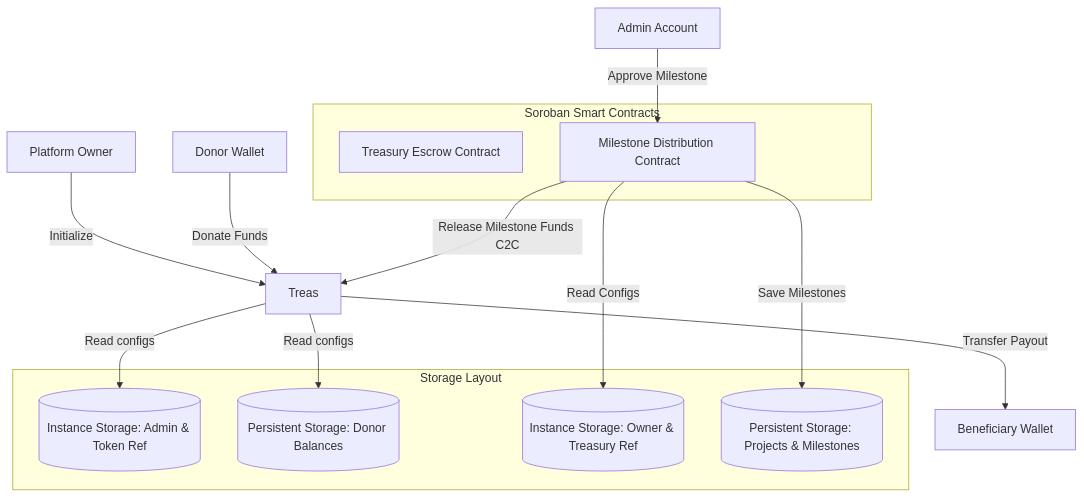
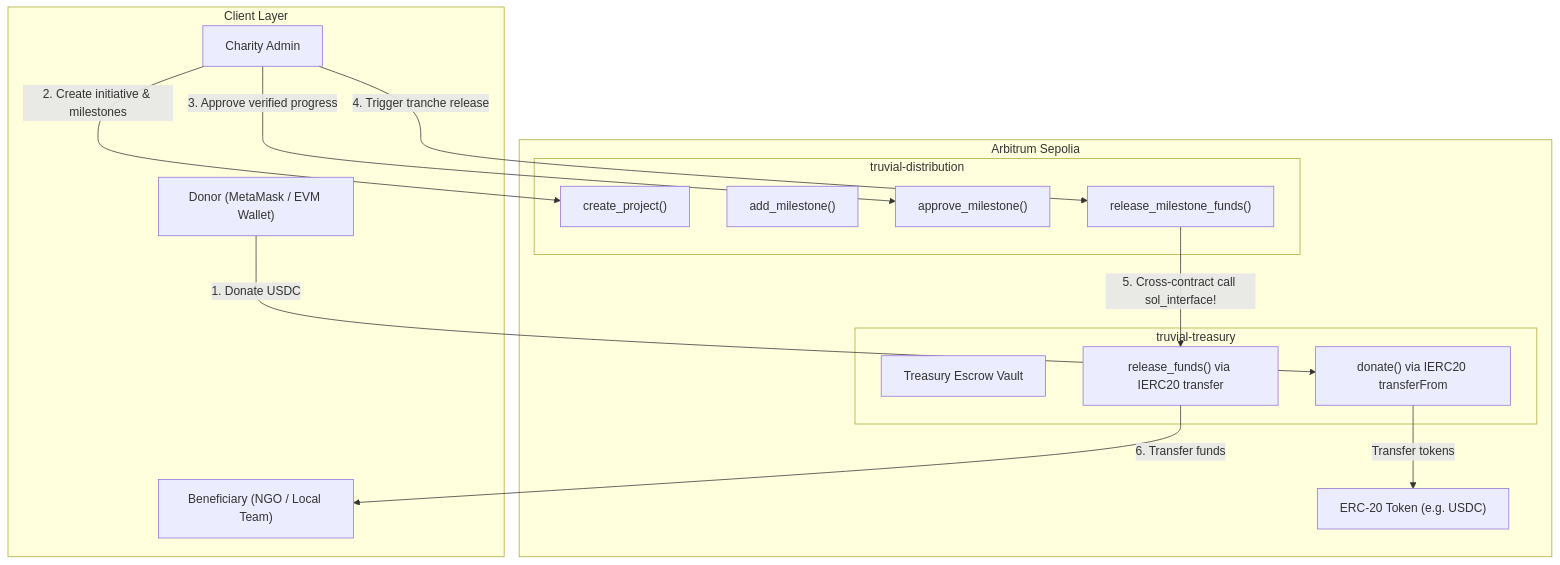
One commit to drishyam27/Truvial changed the diagram in README.md. Above: the diagram before and after it, drawn with Mermaid. The commit also changed other lines of this file and 26 other files, not shown here.

Commit message:
feat: complete port of Truvial to Arbitrum Stylus and EVM for HackQuest buildathon

````diff
--- a/README.md
+++ b/README.md
@@ -140,30 +34,33 @@
 ```mermaid
-graph TD
-    Owner[Platform Owner]
-    Admin[Admin Account]
-    Donor[Donor Wallet]
-    Beneficiary[Beneficiary Wallet]
-    
-    subgraph Soroban Smart Contracts
-        Treasury[Treasury Escrow Contract]
-        Dist[Milestone Distribution Contract]
-    end
-    
-    subgraph Storage Layout
-        InstanceTreas[(Instance Storage: Admin & Token Ref)]
-        PersistentTreas[(Persistent Storage: Donor Balances)]
-        InstanceDist[(Instance Storage: Owner & Treasury Ref)]
-        PersistentDist[(Persistent Storage: Projects & Milestones)]
+flowchart TD
+    subgraph Client Layer
+        Donor["Donor (MetaMask / EVM Wallet)"]
+        Admin["Charity Admin"]
+        Ben["Beneficiary (NGO / Local Team)"]
     end
 
-    Owner -->|Initialize| Treas
-    Donor -->|Donate Funds| Treas
-    Treas -->|Read configs| InstanceTreas & PersistentTreas
-    
-    Admin -->|Approve Milestone| Dist
-    Dist -->|Release Milestone Funds C2C| Treas
-    Dist -->|Read Configs| InstanceDist
-    Dist -->|Save Milestones| PersistentDist
-    
-    Treas -->|Transfer Payout| Beneficiary
+    subgraph Arbitrum Stylus Network [Arbitrum Sepolia]
+        subgraph Distribution Contract [truvial-distribution]
+            Init["create_project()"]
+            MAdd["add_milestone()"]
+            Approve["approve_milestone()"]
+            Release["release_milestone_funds()"]
+        end
+
+        subgraph Treasury Contract [truvial-treasury]
+            Vault["Treasury Escrow Vault"]
+            Donate["donate() via IERC20 transferFrom"]
+            Disburse["release_funds() via IERC20 transfer"]
+        end
+
+        USDC["ERC-20 Token (e.g. USDC)"]
+    end
+
+    Donor -->|1. Donate USDC| Donate
+    Donate -->|Transfer tokens| USDC
+    Admin -->|2. Create initiative & milestones| Init
+    Admin -->|3. Approve verified progress| Approve
+    Admin -->|4. Trigger tranche release| Release
+    Release -->|5. Cross-contract call sol_interface!| Disburse
+    Disburse -->|6. Transfer funds| Ben
 ```
````
